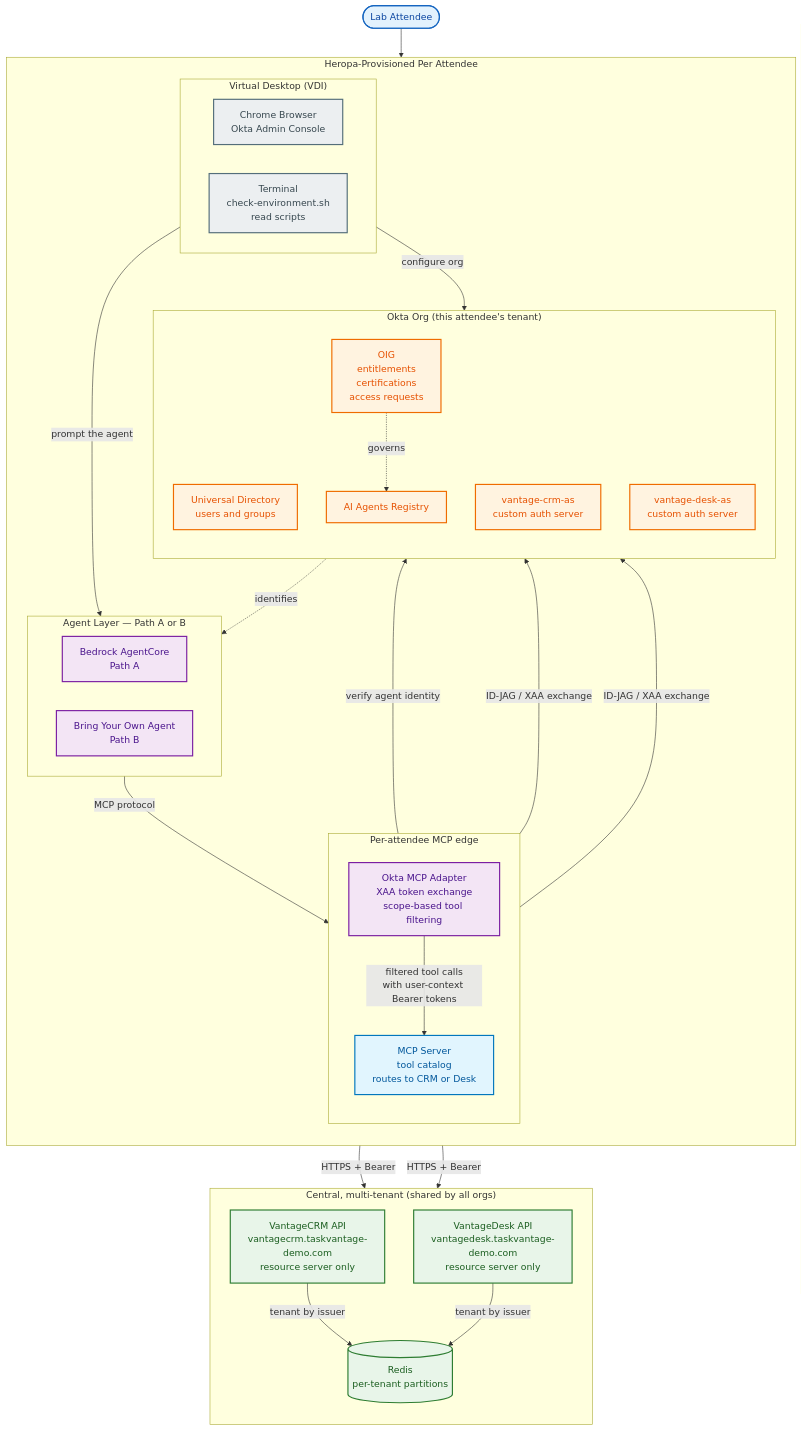
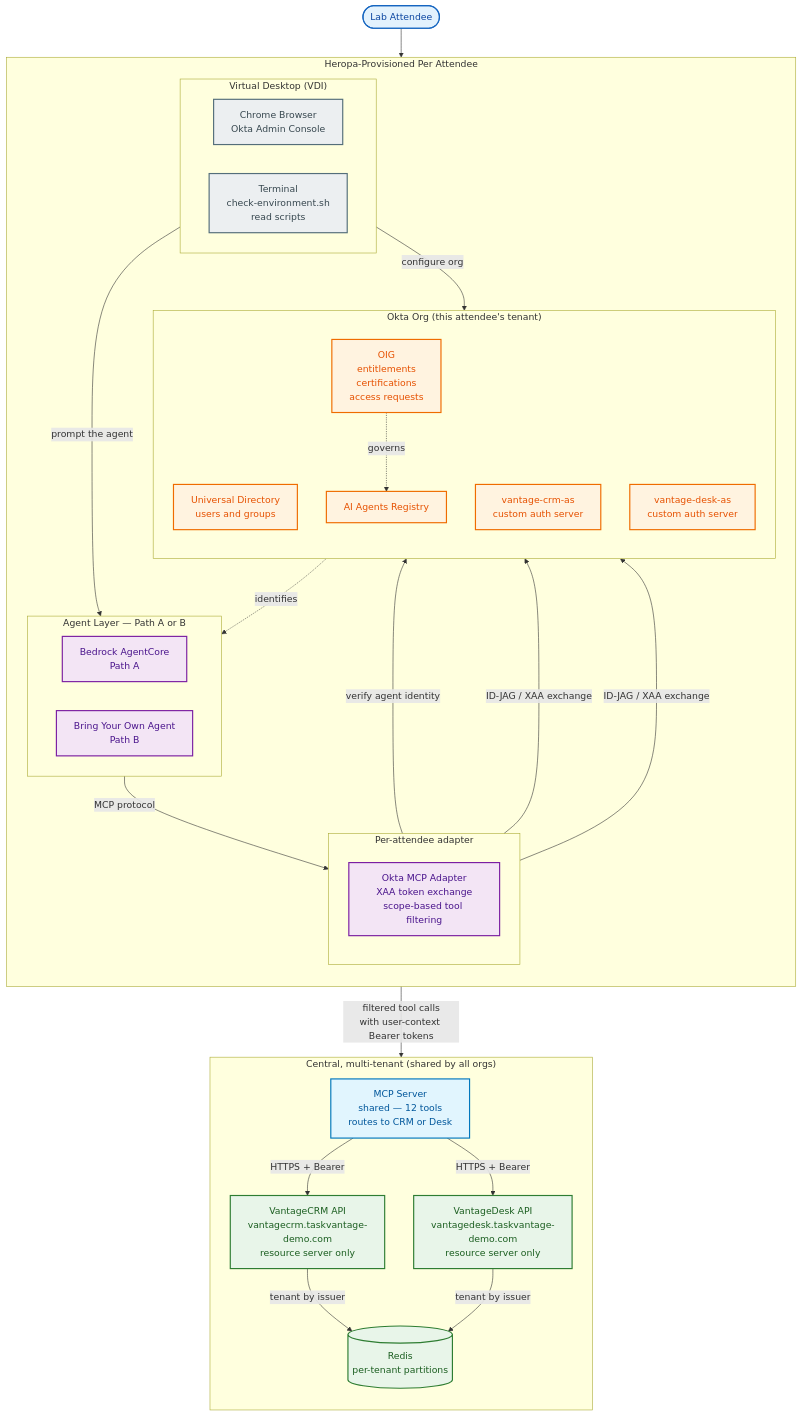
One commit to joevanhorn/04aa-tech-camp changed the diagram in lab-architecture.md. Above: the diagram before and after it, drawn with Mermaid. The commit also changed other lines of this file and 8 other files, not shown here.

First line of the commit message:
docs: central shared MCP server (ADR-0002), adapter stays per-attendee (#2)

````diff
--- a/lab-architecture.md
+++ b/lab-architecture.md
@@ -17,73 +18,73 @@
 ```mermaid
 flowchart TB
     User([Lab Attendee])
 
     subgraph Heropa["Heropa-Provisioned Per Attendee"]
         direction TB
 
         subgraph VDI["Virtual Desktop (VDI)"]
             direction LR
             Browser[Chrome Browser<br>Okta Admin Console]
             Terminal[Terminal<br>check-environment.sh<br>read scripts]
         end
 
         subgraph AgentLayer["Agent Layer — Path A or B"]
             direction LR
             Bedrock[Bedrock AgentCore<br>Path A]
             BYO[Bring Your Own Agent<br>Path B]
         end
 
-        subgraph Edge["Per-attendee MCP edge"]
+        subgraph Edge["Per-attendee adapter"]
             direction TB
             Adapter[Okta MCP Adapter<br>XAA token exchange<br>scope-based tool filtering]
-            MCP[MCP Server<br>tool catalog<br>routes to CRM or Desk]
         end
 
         subgraph Okta["Okta Org (this attendee's tenant)"]
             direction TB
             UD[Universal Directory<br>users and groups]
             AIRegistry[AI Agents Registry]
             CRMAS[vantage-crm-as<br>custom auth server]
             DeskAS[vantage-desk-as<br>custom auth server]
             OIG[OIG<br>entitlements<br>certifications<br>access requests]
         end
     end
 
     subgraph Central["Central, multi-tenant (shared by all orgs)"]
         direction TB
+        MCP[MCP Server<br>shared — 12 tools<br>routes to CRM or Desk]
         CRM[VantageCRM API<br>vantagecrm.taskvantage-demo.com<br>resource server only]
         Desk[VantageDesk API<br>vantagedesk.taskvantage-demo.com<br>resource server only]
         Redis[(Redis<br>per-tenant partitions)]
     end
 
     User --> Browser
     Browser -->|configure org| Okta
     Browser -->|prompt the agent| AgentLayer
 
     AgentLayer -->|MCP protocol| Adapter
     Adapter -->|verify agent identity| AIRegistry
     Adapter -->|ID-JAG / XAA exchange| CRMAS
     Adapter -->|ID-JAG / XAA exchange| DeskAS
     Adapter -->|filtered tool calls<br>with user-context Bearer tokens| MCP
     MCP -->|HTTPS + Bearer| CRM
     MCP -->|HTTPS + Bearer| Desk
     CRM -->|tenant by issuer| Redis
     Desk -->|tenant by issuer| Redis
 
     OIG -.governs.-> AIRegistry
     AIRegistry -.identifies.-> AgentLayer
 
     classDef trigger fill:#e3f2fd,stroke:#1565c0,stroke-width:2px,color:#0d47a1
     classDef infra fill:#eceff1,stroke:#546e7a,stroke-width:2px,color:#37474f
     classDef oktaCore fill:#fff3e0,stroke:#ef6c00,stroke-width:2px,color:#e65100
     classDef workflow fill:#f3e5f5,stroke:#7b1fa2,stroke-width:2px,color:#4a148c
     classDef action fill:#e1f5fe,stroke:#0277bd,stroke-width:2px,color:#01579b
     classDef governance fill:#e8f5e9,stroke:#2e7d32,stroke-width:2px,color:#1b5e20
 
     class User trigger
     class Browser,Terminal infra
     class Bedrock,BYO,Adapter workflow
     class MCP action
     class CRM,Desk,Redis governance
     class UD,AIRegistry,CRMAS,DeskAS,OIG oktaCore
 ```
````
